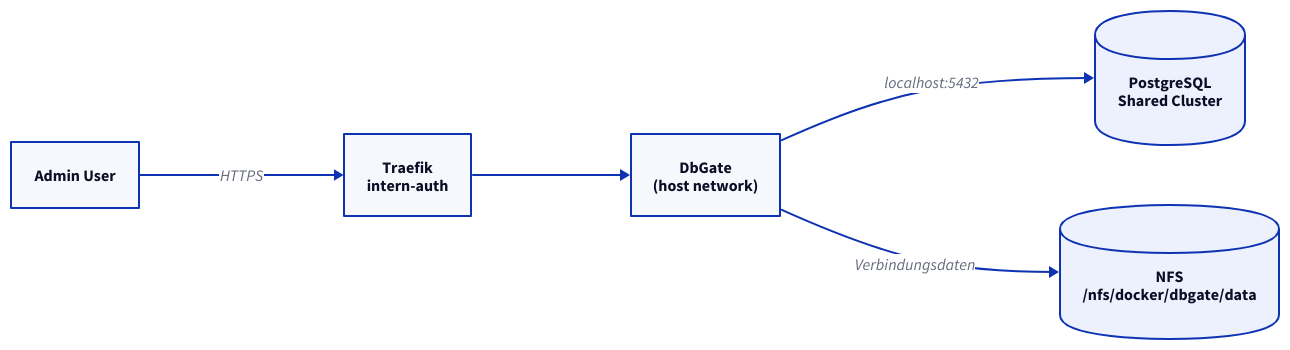
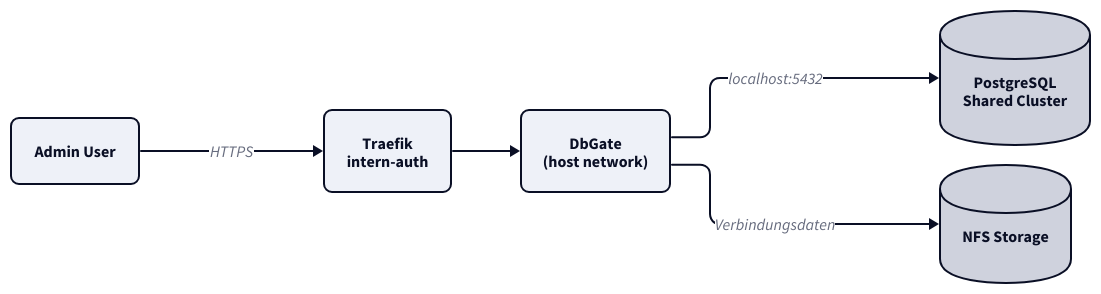
Before and after one commit to derever-labs/homelab-wiki: the diagram in docs/dbgate/index.md, drawn with D2. The commit also changed other lines of this file and 109 other files, not shown here.

````diff
--- a/docs/dbgate/index.md
+++ b/docs/dbgate/index.md
@@ -28,14 +26,29 @@
 ```d2
+vars: {
+  d2-config: {
+    theme-id: 1
+    layout-engine: elk
+  }
+}
+
+classes: {
+  node: {
+    style: {
+      border-radius: 8
+    }
+  }
+}
+
 direction: right
 
-User: Admin User
-Traefik: "Traefik\nintern-auth"
-DbGate: "DbGate\n(host network)"
+User: Admin User { class: node }
+Traefik: "Traefik\nintern-auth" { class: node }
+DbGate: "DbGate\n(host network)" { class: node }
 PG: "PostgreSQL\nShared Cluster" { shape: cylinder }
-NFS: "NFS\n/nfs/docker/dbgate/data" { shape: cylinder }
+NFS: "NFS Storage" { shape: cylinder }
 
 User -> Traefik: HTTPS
 Traefik -> DbGate
 DbGate -> PG: localhost:5432
 DbGate -> NFS: Verbindungsdaten
 ```
````
